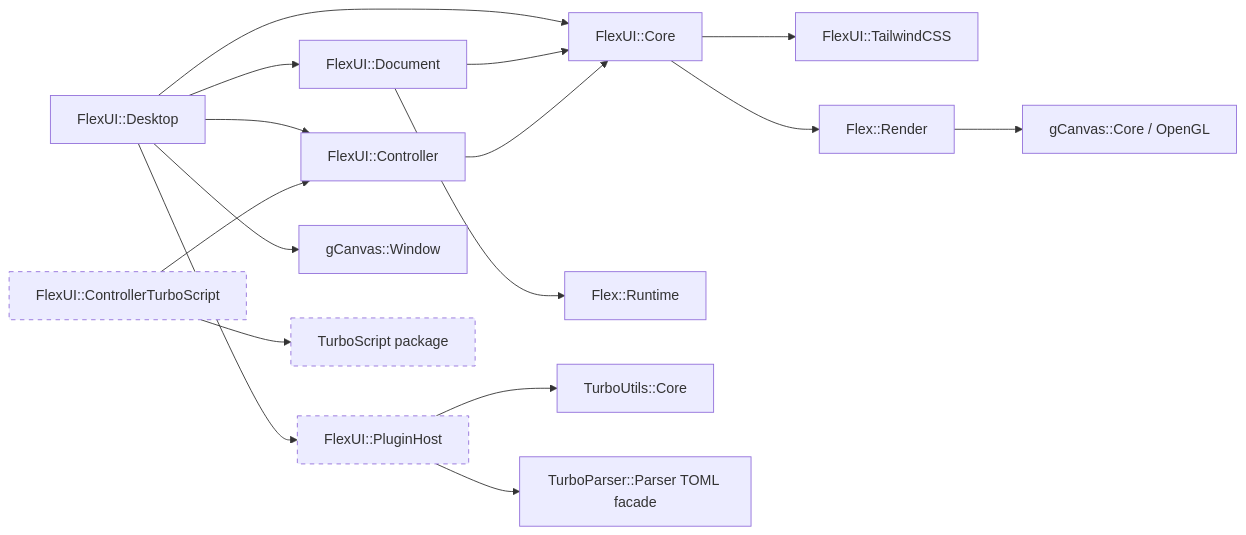
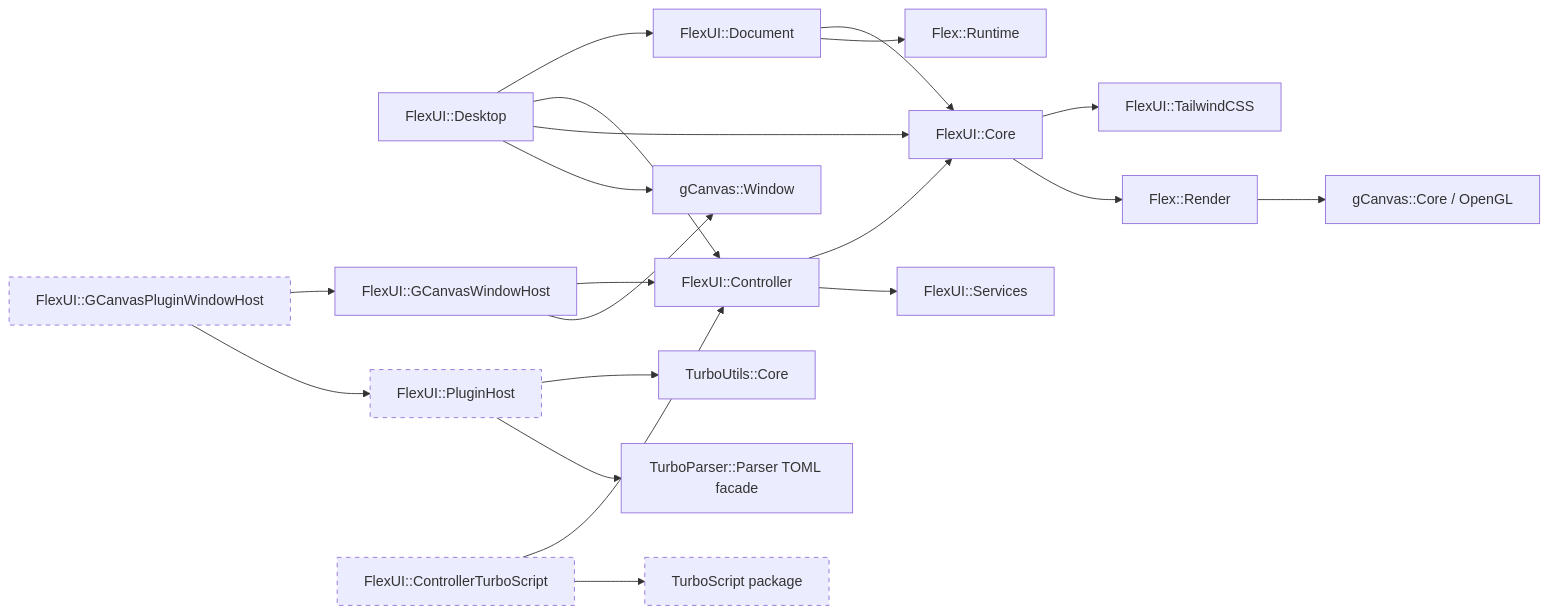
Before and after one commit to qigao/stun: the second of 14 diagrams in flexUI/docs/FLEXUI_DESKTOP_DESIGN.md, drawn with Mermaid. The commit also changed other lines of this file and 37 other files, not shown here.

Commit message:
feat(flexui): complete plugin-backed desktop service loop

````diff
--- a/flexUI/docs/FLEXUI_DESKTOP_DESIGN.md
+++ b/flexUI/docs/FLEXUI_DESKTOP_DESIGN.md
@@ -175,23 +177,28 @@
 ```mermaid
 flowchart LR
     Desktop[FlexUI::Desktop] --> Document[FlexUI::Document]
     Desktop --> Controller[FlexUI::Controller]
-    Desktop --> PluginHost[FlexUI::PluginHost]
     Desktop --> Core[FlexUI::Core]
     Desktop --> GWindow[gCanvas::Window]
+
+    GPluginHost[FlexUI::GCanvasPluginWindowHost] --> WindowHost[FlexUI::GCanvasWindowHost]
+    GPluginHost --> PluginHost[FlexUI::PluginHost]
+    WindowHost --> Controller
+    WindowHost --> GWindow
 
     Document --> Core
     Document --> FlexRuntime[Flex::Runtime]
     Core --> Tailwind[FlexUI::TailwindCSS]
     Core --> FlexRender[Flex::Render]
     FlexRender --> GCanvas[gCanvas::Core / OpenGL]
 
     Controller --> Core
+    Controller --> Services[FlexUI::Services]
     TurboAdapter[FlexUI::ControllerTurboScript] --> Controller
     TurboAdapter --> TurboScript[TurboScript package]
     PluginHost --> TurboUtils[TurboUtils::Core]
     PluginHost --> TurboParser[TurboParser::Parser TOML facade]
 
     classDef optional stroke-dasharray: 5 5;
-    class TurboAdapter,TurboScript,PluginHost optional;
+    class TurboAdapter,TurboScript,PluginHost,GPluginHost optional;
 ```
````
